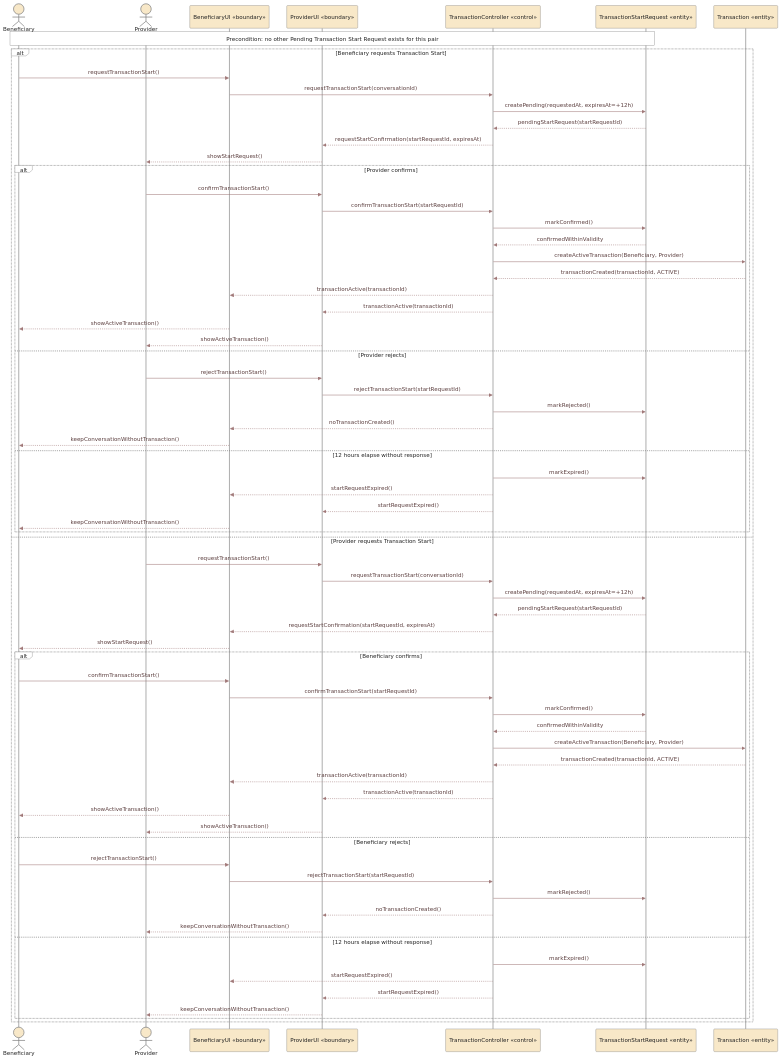
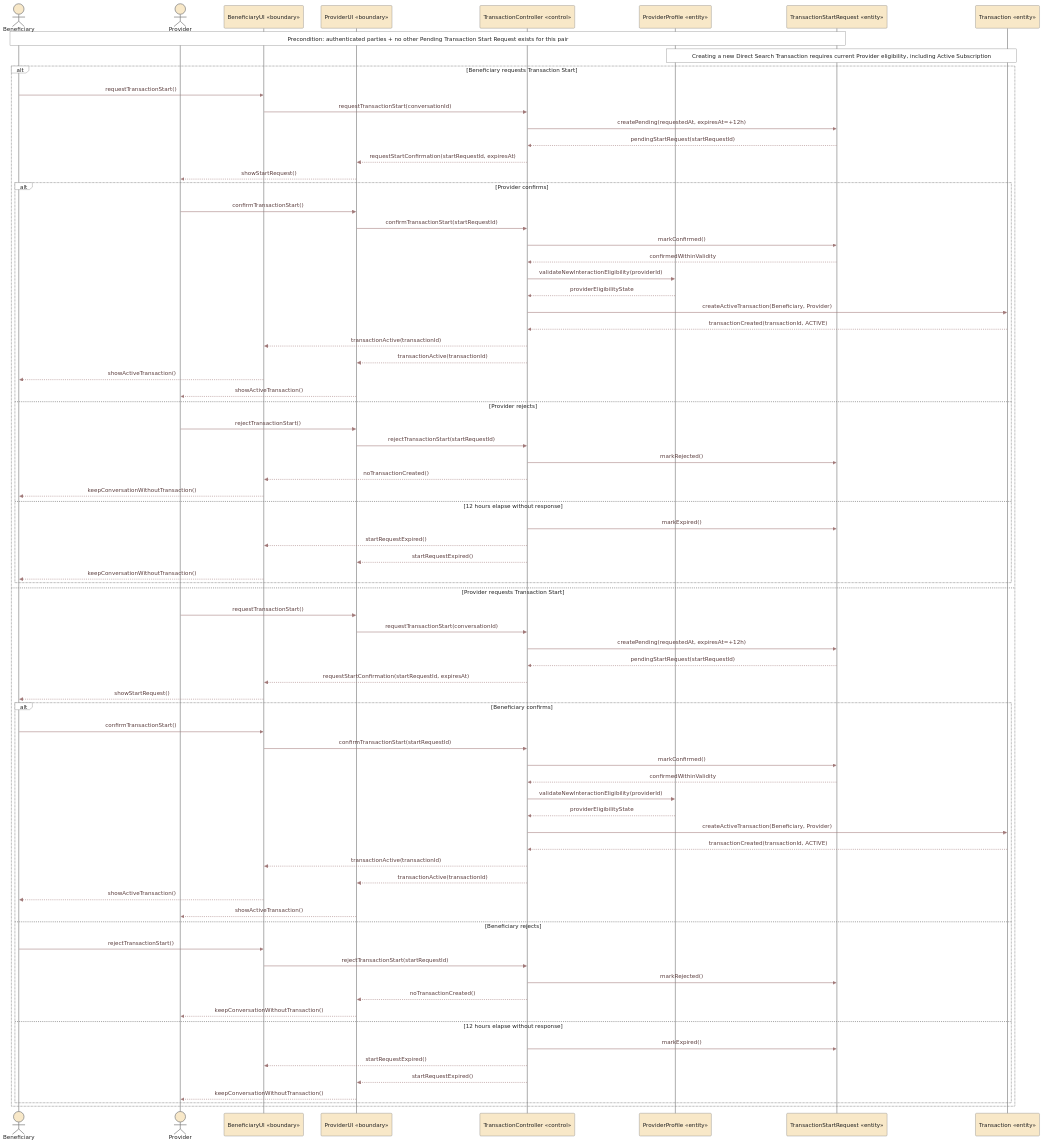
Before and after one commit to Yadd-SanaaUniversityGraduationProject/yadd: the second of 2 diagrams in diagrams/03-analysis/uml/sequence/uc-01-search-inquire-directly-sequence.md, drawn with Mermaid. The commit also changed other lines of this file, not shown here.

Commit message:
uml: synchronize direct-search eligibility and visibility boundary

```diff
--- a/diagrams/03-analysis/uml/sequence/uc-01-search-inquire-directly-sequence.md
+++ b/diagrams/03-analysis/uml/sequence/uc-01-search-inquire-directly-sequence.md
@@ -88,10 +88,12 @@
     participant BUI as BeneficiaryUI «boundary»
     participant PUI as ProviderUI «boundary»
     participant TC as TransactionController «control»
+    participant PROF as ProviderProfile «entity»
     participant SR as TransactionStartRequest «entity»
     participant TX as Transaction «entity»
 
-    Note over B,SR: Precondition: no other Pending Transaction Start Request exists for this pair
+    Note over B,SR: Precondition: authenticated parties + no other Pending Transaction Start Request exists for this pair
+    Note over PROF,TX: Creating a new Direct Search Transaction requires current Provider eligibility, including Active Subscription
 
     alt Beneficiary requests Transaction Start
         B->>BUI: requestTransactionStart()
@@ -106,6 +108,8 @@
             PUI->>TC: confirmTransactionStart(startRequestId)
             TC->>SR: markConfirmed()
             SR-->>TC: confirmedWithinValidity
+            TC->>PROF: validateNewInteractionEligibility(providerId)
+            PROF-->>TC: providerEligibilityState
             TC->>TX: createActiveTransaction(Beneficiary, Provider)
             TX-->>TC: transactionCreated(transactionId, ACTIVE)
             TC-->>BUI: transactionActive(transactionId)
@@ -138,6 +142,8 @@
             BUI->>TC: confirmTransactionStart(startRequestId)
             TC->>SR: markConfirmed()
             SR-->>TC: confirmedWithinValidity
+            TC->>PROF: validateNewInteractionEligibility(providerId)
+            PROF-->>TC: providerEligibilityState
             TC->>TX: createActiveTransaction(Beneficiary, Provider)
             TX-->>TC: transactionCreated(transactionId, ACTIVE)
             TC-->>BUI: transactionActive(transactionId)
```
